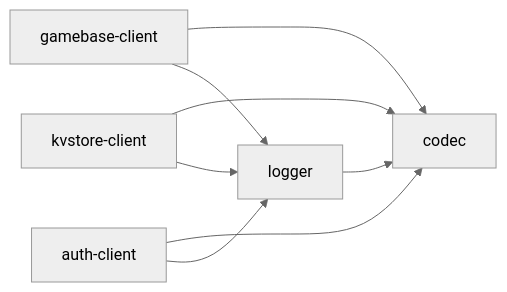
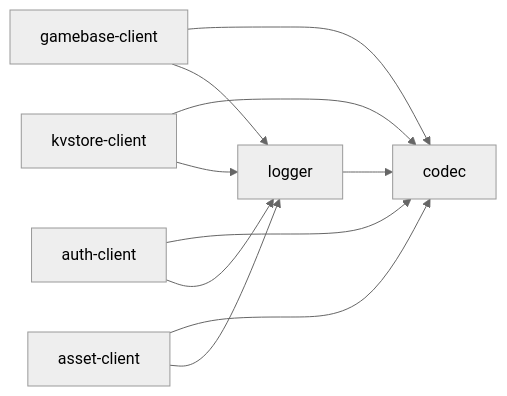
The diagram in README.md (yingyeothon/csharplib), drawn with Mermaid (neutral theme) before and after one commit. The commit also changed other lines of this file and 89 other files, not shown here.

````diff
--- a/README.md
+++ b/README.md
@@ -50,10 +52,12 @@
 ```mermaid
 graph LR
   gamebase-client --> codec
   gamebase-client --> logger
   kvstore-client --> codec
   kvstore-client --> logger
   auth-client --> codec
   auth-client --> logger
+  asset-client --> codec
+  asset-client --> logger
   logger --> codec
 ```
````
